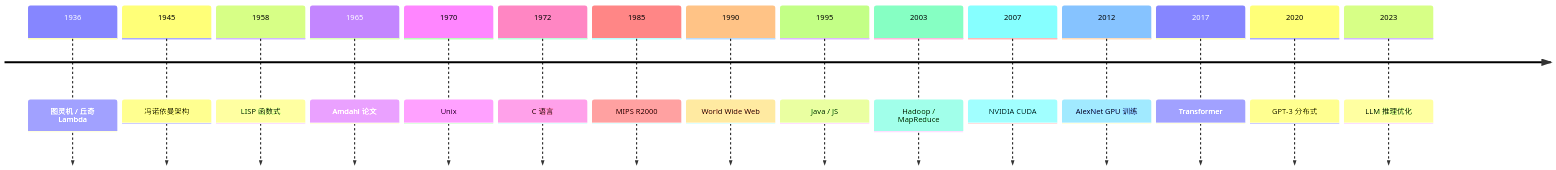
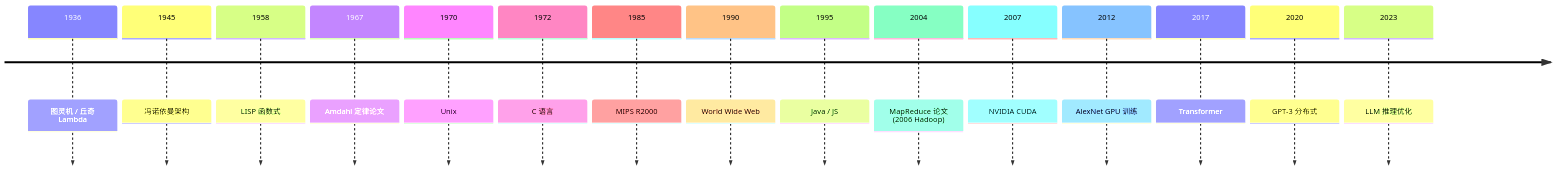
The third of 5 diagrams in zh/教辅/思维导图/第13章.md (godlockin/maths-cs-ai-compendium), drawn with Mermaid before and after one commit. The commit also changed other lines of this file and 13 other files, not shown here.

````diff
--- a/zh/教辅/思维导图/第13章.md
+++ b/zh/教辅/思维导图/第13章.md
@@ -205,18 +209,18 @@
 ```mermaid
 timeline
     1936 : 图灵机 / 丘奇 Lambda
     1945 : 冯诺依曼架构
     1958 : LISP 函数式
-    1965 : Amdahl 论文
+    1967 : Amdahl 定律论文
     1970 : Unix
     1972 : C 语言
     1985 : MIPS R2000
     1990 : World Wide Web
     1995 : Java / JS
-    2003 : Hadoop / MapReduce
+    2004 : MapReduce 论文 (2006 Hadoop)
     2007 : NVIDIA CUDA
     2012 : AlexNet GPU 训练
     2017 : Transformer
     2020 : GPT-3 分布式
     2023 : LLM 推理优化
 ```
````
